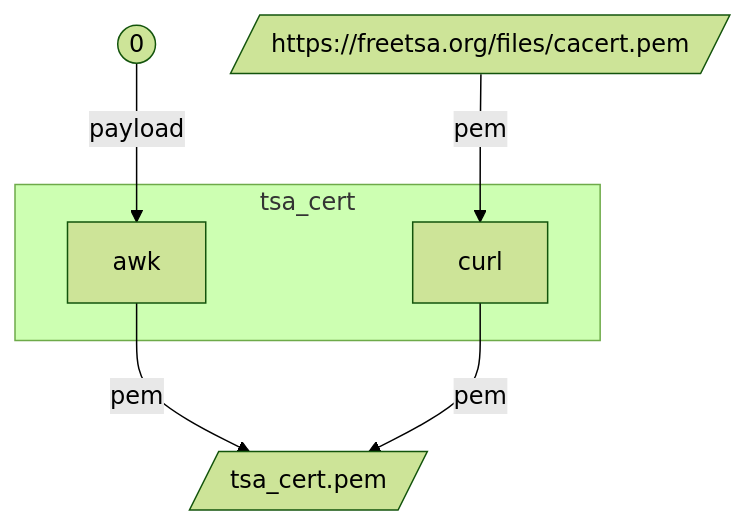
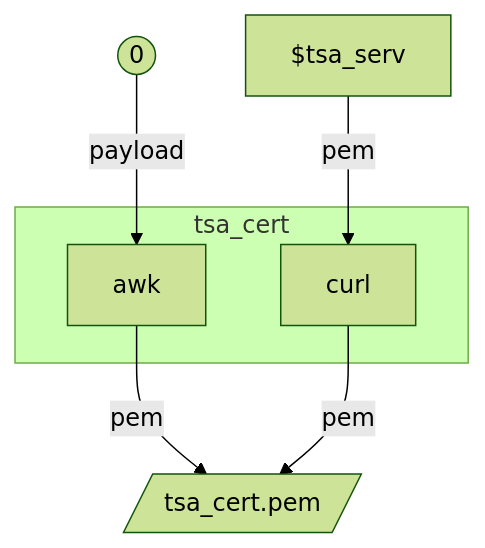
Before and after one commit to tibolpol/sealgood: the ninth of 12 diagrams in docs/fr/sealgood.md, drawn with Mermaid (forest theme). The commit also changed other lines of this file and 4 other files, not shown here.

````diff
--- a/docs/fr/sealgood.md
+++ b/docs/fr/sealgood.md
@@ -994,22 +994,22 @@
 ```mermaid
 flowchart TB
 l0((0)) -->|payload| awk
-net[/https://freetsa.org/files/cacert.pem/] -->|pem| curl
+net[$tsa_serv] -->|pem| curl
 subgraph tsa_cert
   awk
   curl
 end
 awk -->|pem| tsacert[/tsa_cert.pem/]
 curl -->|pem| tsacert
 click lookup "filetypes.md#lookup"
 click clean "sealgood.md#clean"
 click date "sealgood.md#date"
 click end_of_pipe "sealgood.md#end_of_pipe"
 click enumerate "sealgood.md#enumerate"
 click file2tgz "sealgood.md#file2tgz"
 click genkey "sealgood.md#genkey"
 click help "sealgood.md#help"
 click main "sealgood.md#main"
 click sign "sealgood.md#sign"
 click verify "sealgood.md#verify"
 ```
````
